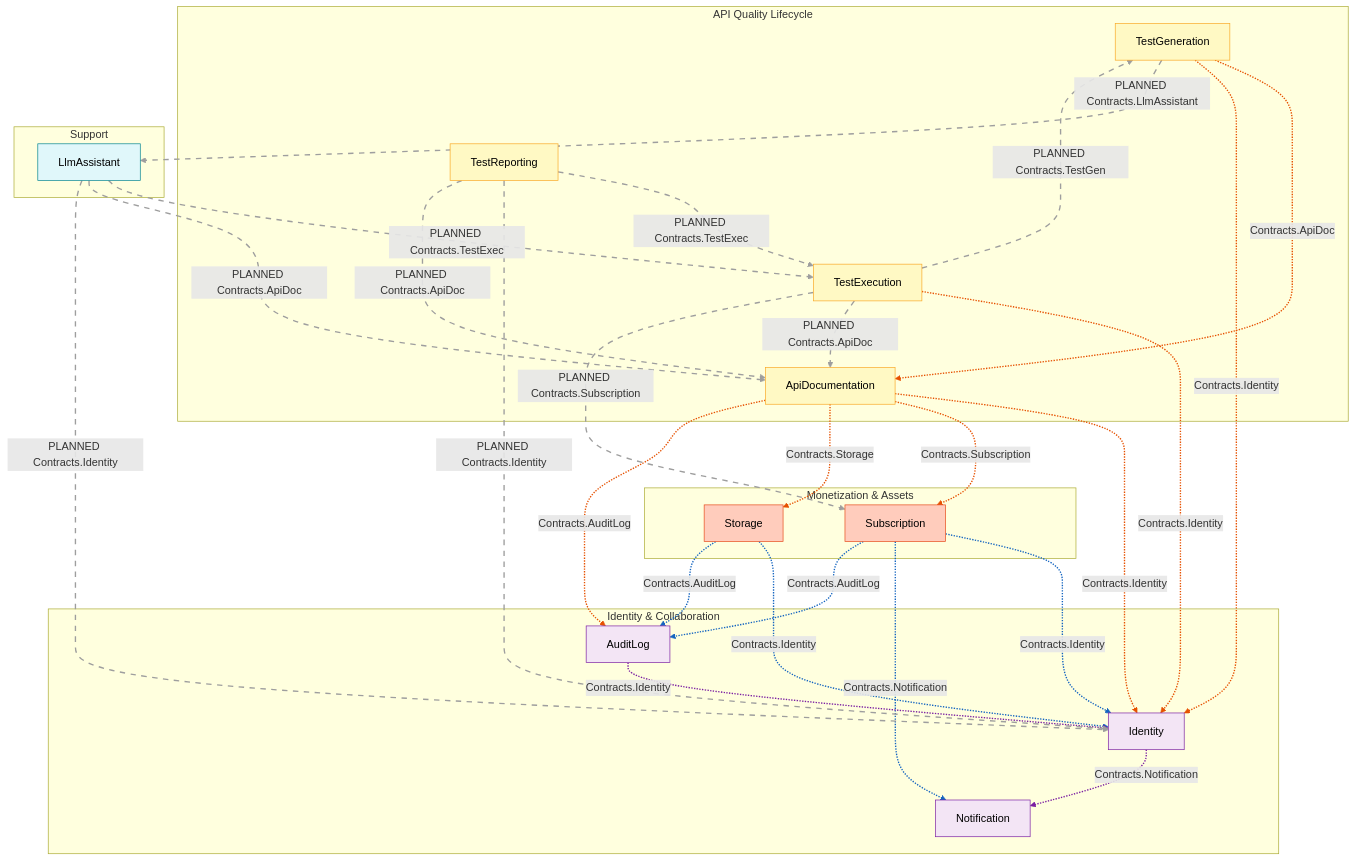
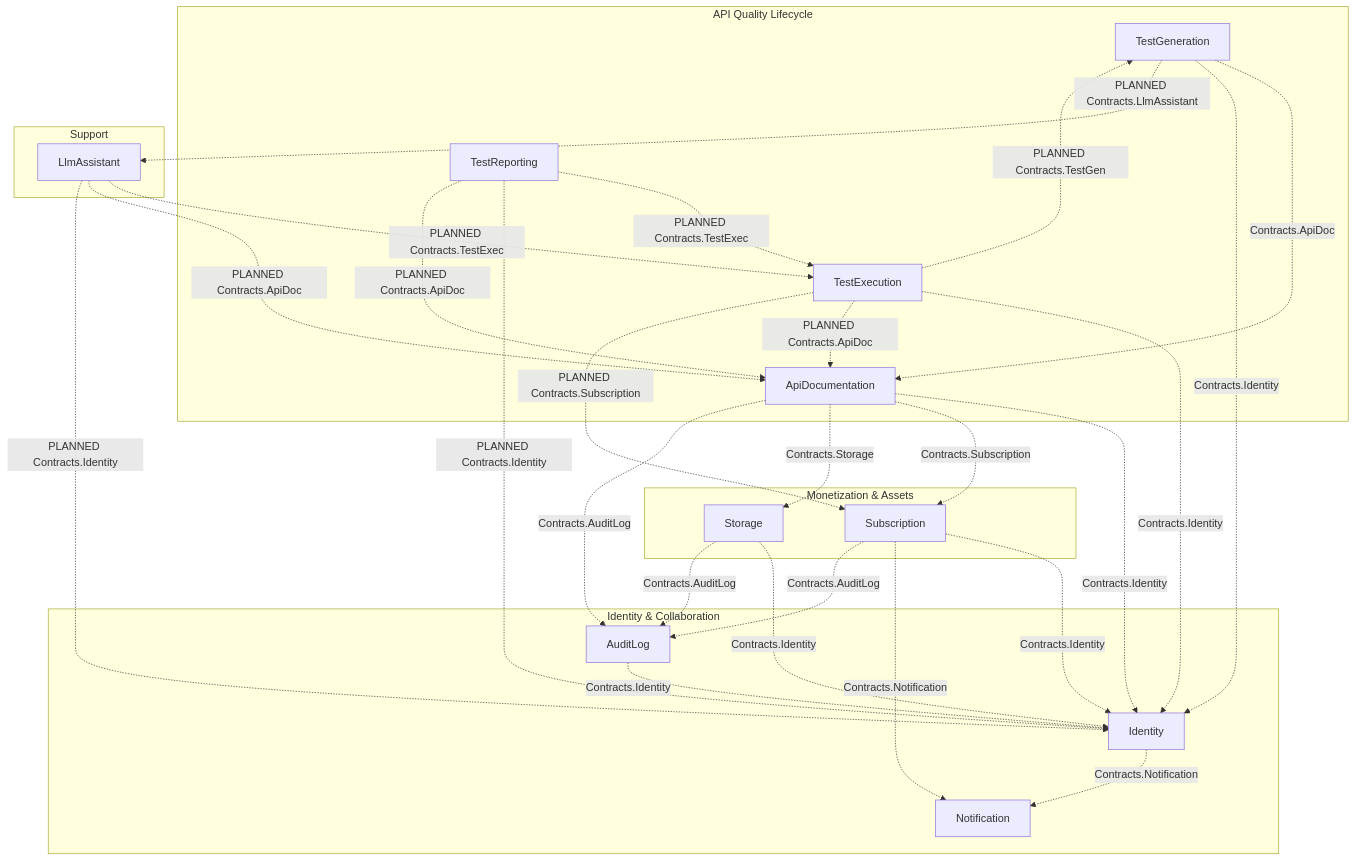
One commit to tinse-22/GSP26SE43.ModularMonolith changed the fifth of 5 diagrams in docs/architecture/UML_PACKAGE_DIAGRAM_SOURCE.md. Above: the diagram before and after it, drawn with Mermaid. The commit also changed other lines of this file and 1 other file, not shown here.

````diff
--- a/docs/architecture/UML_PACKAGE_DIAGRAM_SOURCE.md
+++ b/docs/architecture/UML_PACKAGE_DIAGRAM_SOURCE.md
@@ -500,82 +334,55 @@
 ```mermaid
 flowchart TB
-    subgraph BC_API["API Quality Lifecycle"]
+    subgraph APIQuality["API Quality Lifecycle"]
         ApiDoc["ApiDocumentation"]
         TestGen["TestGeneration"]
         TestExec["TestExecution"]
         TestRep["TestReporting"]
     end
 
-    subgraph BC_ID["Identity & Collaboration"]
-        Identity
-        AuditLog
-        Notification
+    subgraph IdentityCollab["Identity & Collaboration"]
+        Identity["Identity"]
+        AuditLog["AuditLog"]
+        Notification["Notification"]
     end
 
-    subgraph BC_MON["Monetization & Assets"]
-        Subscription
-        Storage
+    subgraph MonetizationAssets["Monetization & Assets"]
+        Subscription["Subscription"]
+        Storage["Storage"]
     end
 
-    subgraph BC_SUP["Support"]
-        LlmAssistant
+    subgraph Support["Support"]
+        LlmAssistant["LlmAssistant"]
     end
 
-    %% ===== IMPLEMENTED cross-context via Contracts =====
-
-    %% API Quality to other contexts
     ApiDoc -.->|Contracts.Identity| Identity
     ApiDoc -.->|Contracts.Subscription| Subscription
     ApiDoc -.->|Contracts.Storage| Storage
     ApiDoc -.->|Contracts.AuditLog| AuditLog
 
     TestGen -.->|Contracts.ApiDoc| ApiDoc
     TestGen -.->|Contracts.Identity| Identity
 
     TestExec -.->|Contracts.Identity| Identity
 
-    %% Monetization to other contexts
     Subscription -.->|Contracts.Identity| Identity
     Subscription -.->|Contracts.Notification| Notification
     Subscription -.->|Contracts.AuditLog| AuditLog
 
     Storage -.->|Contracts.Identity| Identity
     Storage -.->|Contracts.AuditLog| AuditLog
 
-    %% Identity & Collaboration internal
     Identity -.->|Contracts.Notification| Notification
     AuditLog -.->|Contracts.Identity| Identity
-
-    %% ===== PLANNED cross-context via Contracts =====
 
     TestExec -.->|PLANNED Contracts.TestGen| TestGen
     TestExec -.->|PLANNED Contracts.ApiDoc| ApiDoc
     TestRep -.->|PLANNED Contracts.TestExec| TestExec
     TestRep -.->|PLANNED Contracts.Identity| Identity
     LlmAssistant -.->|PLANNED Contracts.TestExec| TestExec
     LlmAssistant -.->|PLANNED Contracts.ApiDoc| ApiDoc
     LlmAssistant -.->|PLANNED Contracts.Identity| Identity
     TestGen -.->|PLANNED Contracts.LlmAssistant| LlmAssistant
     TestExec -.->|PLANNED Contracts.Subscription| Subscription
     TestRep -.->|PLANNED Contracts.ApiDoc| ApiDoc
-
-    %% Edge coloring: implemented = context color, planned = grey
-    %% API Quality edges (0-6): orange
-    linkStyle 0,1,2,3,4,5,6 stroke:#E65100,stroke-width:2px
-    %% Monetization edges (7-11): blue
-    linkStyle 7,8,9,10,11 stroke:#1565C0,stroke-width:2px
-    %% Identity/Collab internal edges (12-13): purple
-    linkStyle 12,13 stroke:#7B1FA2,stroke-width:2px
-    %% Planned edges (14-23): grey dashed
-    linkStyle 14,15,16,17,18,19,20,21,22,23 stroke:#9E9E9E,stroke-width:2px,stroke-dasharray:8
-
-    classDef api fill:#FFF9C4,stroke:#F9A825,color:#000
-    classDef id fill:#F3E5F5,stroke:#7B1FA2,color:#000
-    classDef mon fill:#FFCCBC,stroke:#E64A19,color:#000
-    classDef sup fill:#E0F7FA,stroke:#00838F,color:#000
-
-    class ApiDoc,TestGen,TestExec,TestRep api
-    class Identity,AuditLog,Notification id
-    class Subscription,Storage mon
-    class LlmAssistant sup
 ```
````
